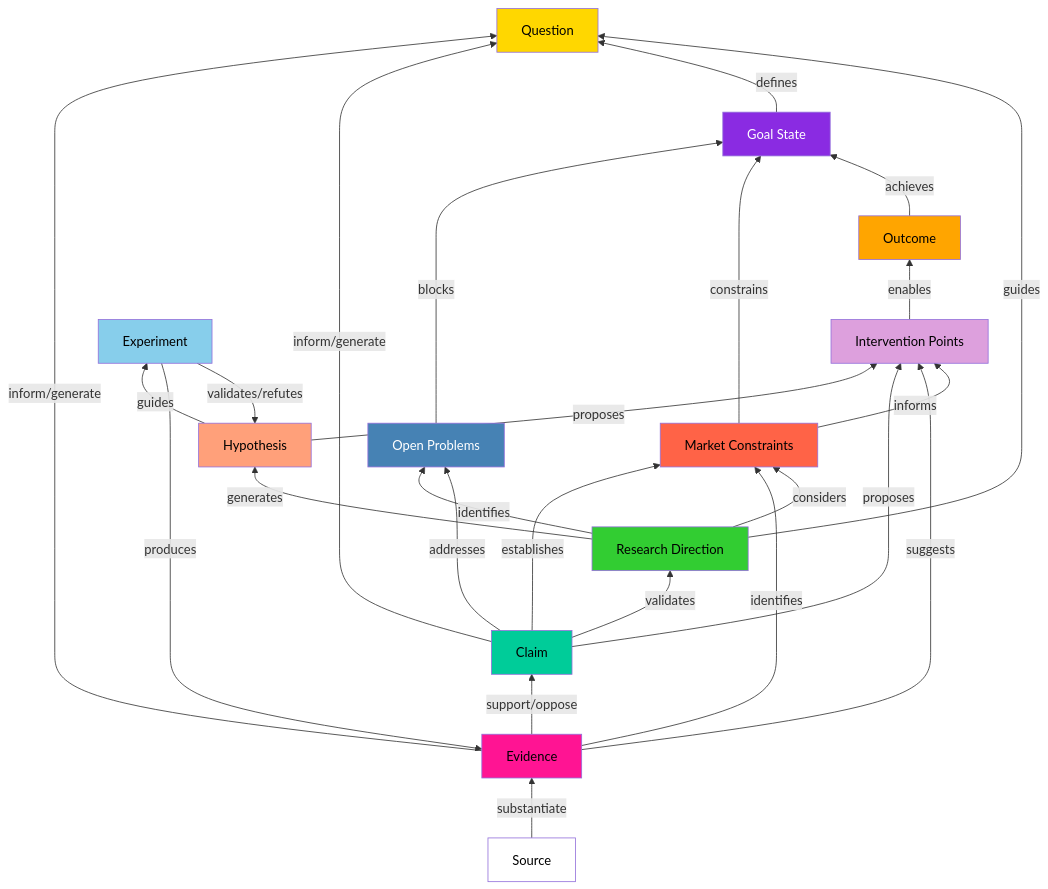
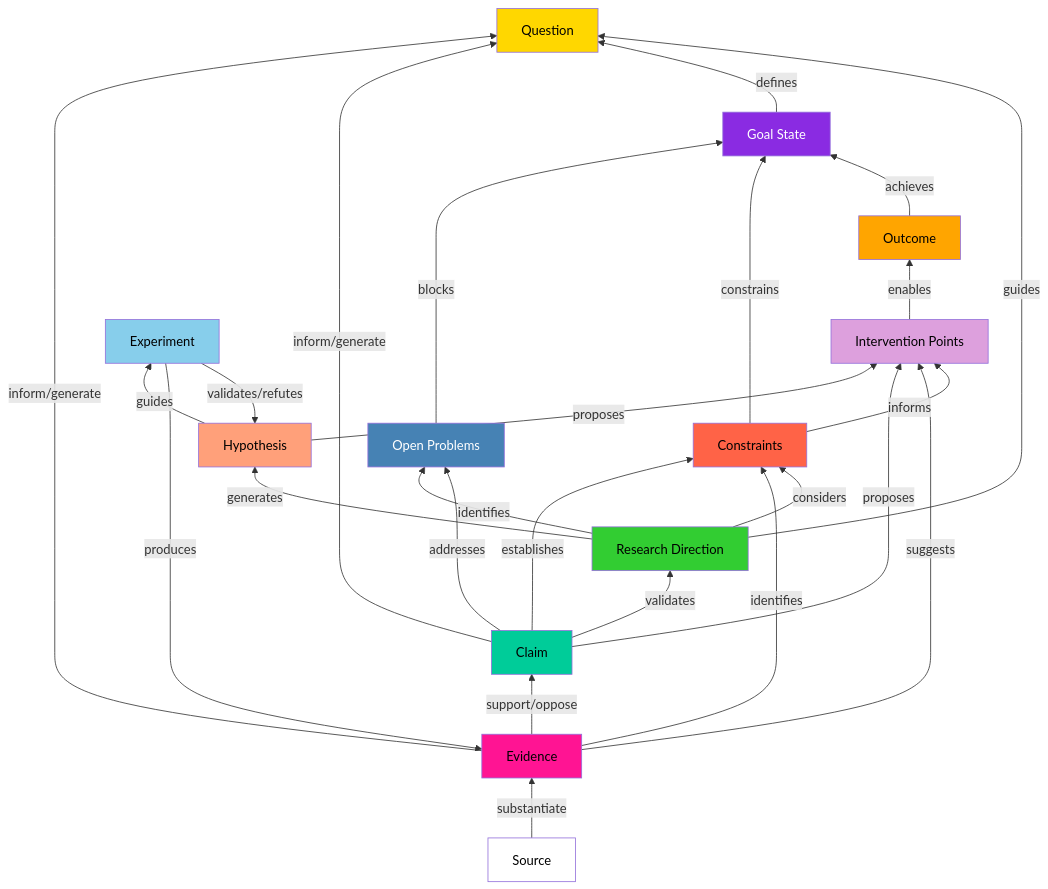
The second of 2 diagrams in content/GraphsForDeSci.md (DarrenZal/Quartz), drawn with Mermaid before and after one commit. The commit also changed other lines of this file, not shown here.

````diff
--- a/content/GraphsForDeSci.md
+++ b/content/GraphsForDeSci.md
@@ -58,58 +58,58 @@
 ```mermaid
 graph BT
     S[Source]
     E[Evidence]
     C[Claim]
     Q[Question]
     
     RD[Research Direction]
     G[Goal State]
     OP[Open Problems]
-    M[Market Constraints]
+    M[Constraints]
     IV[Intervention Points]
     O[Outcome]
     H[Hypothesis]
     EX[Experiment]
     
     S -->|"substantiate"| E
     E -->|"support/oppose"| C
     E -->|"inform/generate"| Q
     C -->|"inform/generate"| Q
     
     G -->|"defines"| Q
     RD -->|"guides"| Q
     RD -->|"identifies"| OP
     OP -->|"blocks"| G
     M -->|"constrains"| G
     IV -->|"enables"| O
     O -->|"achieves"| G
     
     RD -->|"generates"| H
     H -->|"guides"| EX
     EX -->|"produces"| E
     EX -->|"validates/refutes"| H
     H -->|"proposes"| IV
     
     C -->|"validates"| RD
     C -->|"addresses"| OP
     C -->|"establishes"| M
     C -->|"proposes"| IV
     E -->|"identifies"| M
     E -->|"suggests"| IV
     
     M -->|"informs"| IV
     RD -->|"considers"| M
     
     style Q fill:#ffd700,color:#000
     style C fill:#00cc99,color:#000
     style E fill:#ff1493,color:#000
     style S fill:#ffffff,color:#000
     style G fill:#8a2be2,color:#fff
     style M fill:#ff6347,color:#000
     style OP fill:#4682b4,color:#fff
     style RD fill:#32cd32,color:#000
     style IV fill:#dda0dd,color:#000
     style O fill:#ffa500,color:#000
     style H fill:#FFA07A,color:#000
     style EX fill:#87CEEB,color:#000
 ```
````
